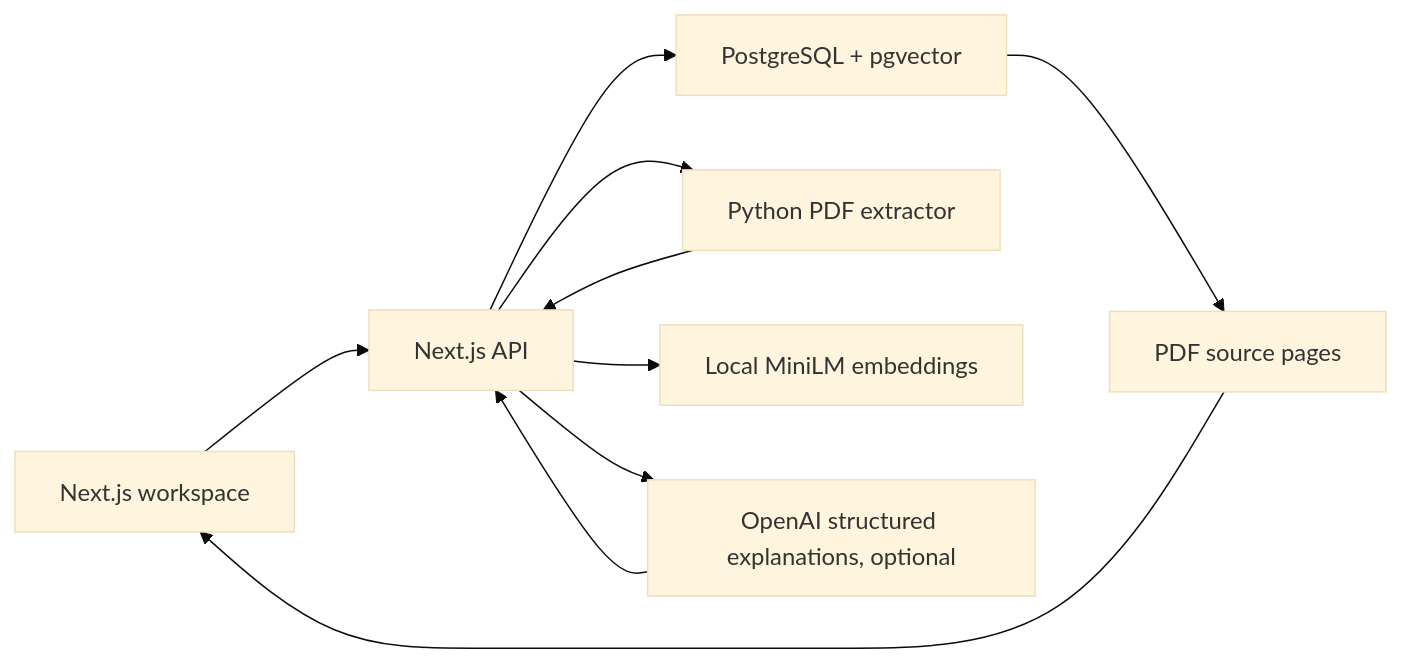
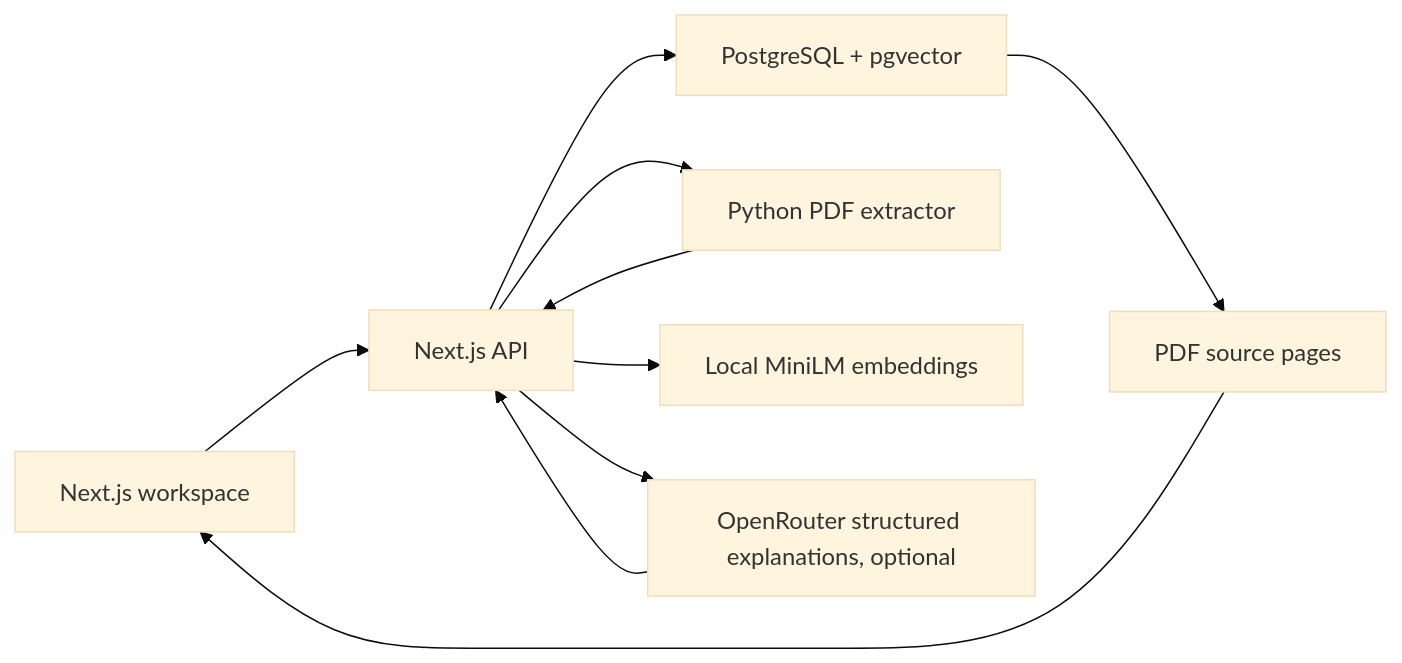
One commit to itaycohen5/PolicyDiff-AI-Web changed the diagram in README.md. Above: the diagram before and after it, drawn with Mermaid (base theme). The commit also changed other lines of this file and 50 other files, not shown here.

````diff
--- a/README.md
+++ b/README.md
@@ -35,12 +37,12 @@
 ```mermaid
 flowchart LR
   UI["Next.js workspace"] --> API["Next.js API"]
   API --> DB["PostgreSQL + pgvector"]
   API --> Worker["Python PDF extractor"]
   Worker --> API
   API --> Encoder["Local MiniLM embeddings"]
-  API --> LLM["OpenAI structured explanations, optional"]
+  API --> LLM["OpenRouter structured explanations, optional"]
   LLM --> API
   DB --> Viewer["PDF source pages"]
   Viewer --> UI
 ```
````
